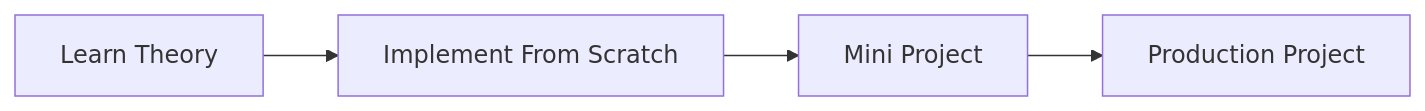
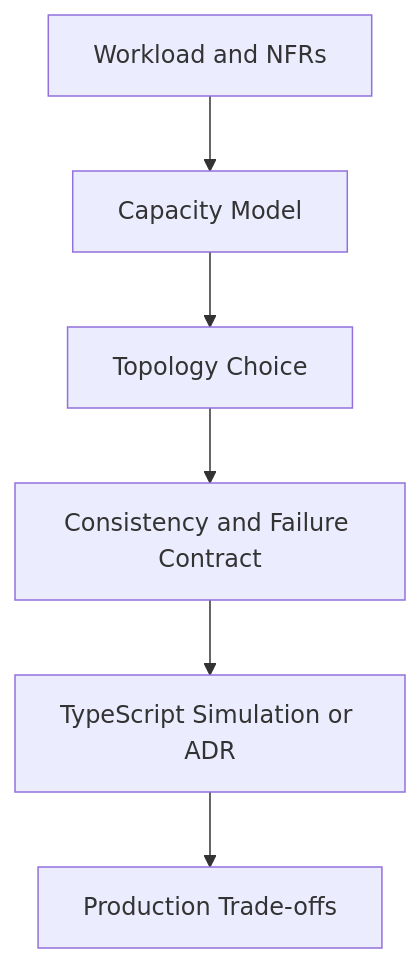
Before and after one commit to navdeeps120/Software-Engineering-Bible: the first of 2 diagrams in 09-System-Design/README.md, drawn with Mermaid. The commit also changed other lines of this file and 394 other files, not shown here.

Commit message:
Expand curriculum with complete Linux and System Design tracks, adding TypeScript labs, exercise sets, and mini projects. Update README and ROADMAP to reflect progress towards Phase 4, and revise references for improved clarity and accuracy.

````diff
--- a/09-System-Design/README.md
+++ b/09-System-Design/README.md
@@ -14,6 +39,8 @@
 ```mermaid
-flowchart LR
-    A[Learn Theory] --> B[Implement From Scratch]
-    B --> C[Mini Project]
-    C --> D[Production Project]
+flowchart TD
+    NFR[Workload and NFRs] --> Cap[Capacity Model]
+    Cap --> Topo[Topology Choice]
+    Topo --> Cons[Consistency and Failure Contract]
+    Cons --> Sim[TypeScript Simulation or ADR]
+    Sim --> Ops[Production Trade-offs]
 ```
````
